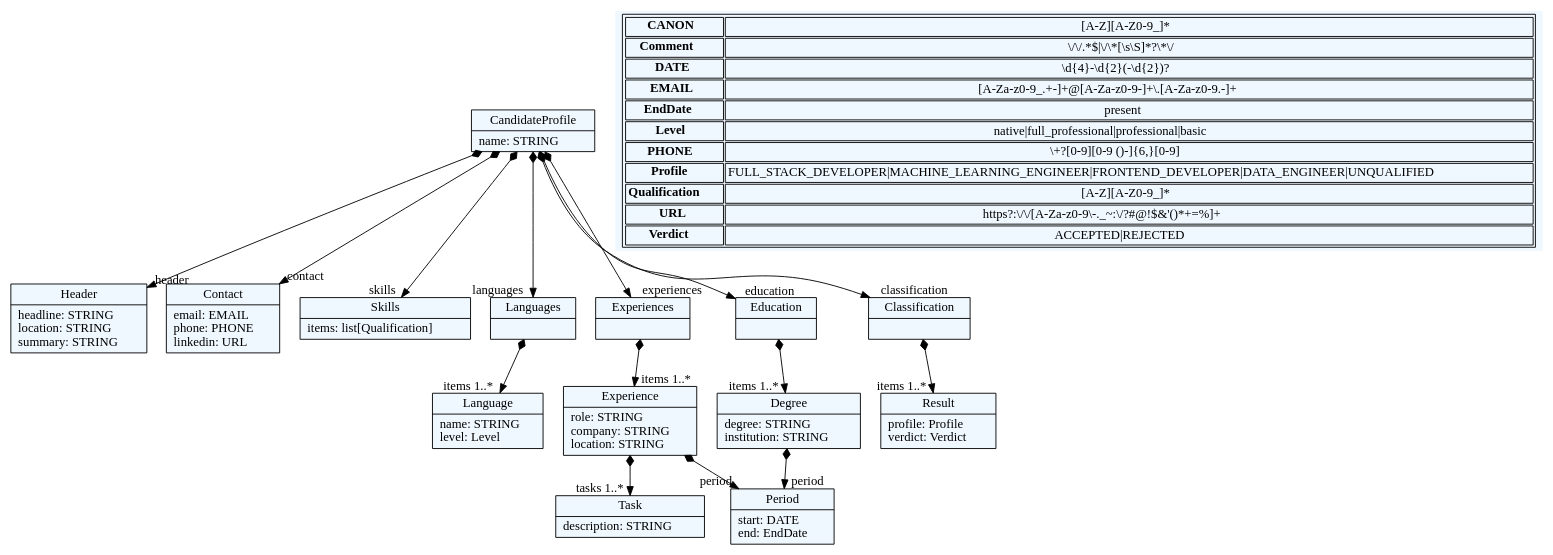
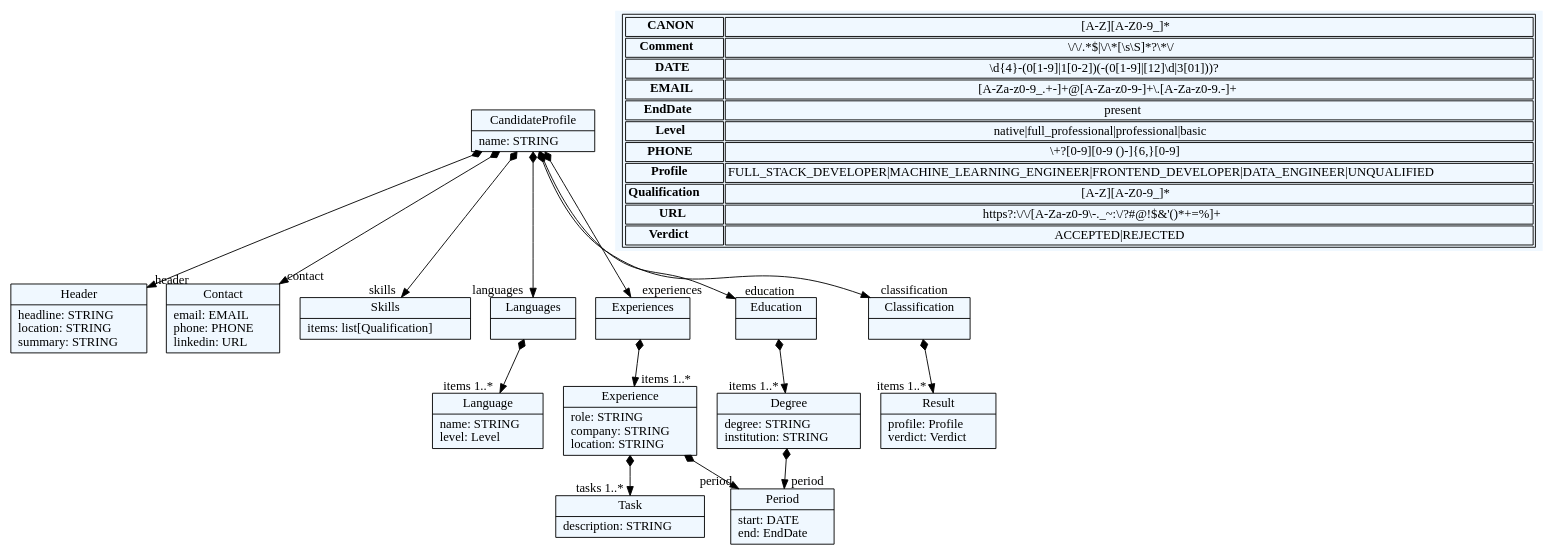
Before and after one commit to brynzd/ResumeLens: the diagram in docs/diagrams/resume_meta.dot, drawn with Graphviz. The commit also changed 11 other files, not shown here.

First line of the commit message:
docs: generate every diagram from the code

```diff
--- a/docs/diagrams/resume_meta.dot
+++ b/docs/diagrams/resume_meta.dot
@@ -1,95 +1,95 @@
 
     digraph textX {
     fontname = "Bitstream Vera Sans"
     fontsize = 8
     node[
         shape=record,
         style=filled,
         fillcolor=aliceblue
     ]
     nodesep = 0.3
     edge[dir=black,arrowtail=empty]
 
 
-2967134936272[ label="{CandidateProfile|name: STRING\l}"]
+n1[ label="{CandidateProfile|name: STRING\l}"]
 
-2967135974864[ label="{Header|headline: STRING\llocation: STRING\lsummary: STRING\l}"]
+n2[ label="{Header|headline: STRING\llocation: STRING\lsummary: STRING\l}"]
 
-2967135974224[ label="{Contact|email: EMAIL\lphone: PHONE\llinkedin: URL\l}"]
+n3[ label="{Contact|email: EMAIL\lphone: PHONE\llinkedin: URL\l}"]
 
-2967135973072[ label="{Skills|items: list[Qualification]\l}"]
+n4[ label="{Skills|items: list[Qualification]\l}"]
 
-2967135970768[ label="{Languages|}"]
+n5[ label="{Languages|}"]
 
-2967135970256[ label="{Language|name: STRING\llevel: Level\l}"]
+n6[ label="{Language|name: STRING\llevel: Level\l}"]
 
-2967135826640[ label="{Experiences|}"]
+n7[ label="{Experiences|}"]
 
-2967135820752[ label="{Experience|role: STRING\lcompany: STRING\llocation: STRING\l}"]
+n8[ label="{Experience|role: STRING\lcompany: STRING\llocation: STRING\l}"]
 
-2967135819344[ label="{Task|description: STRING\l}"]
+n9[ label="{Task|description: STRING\l}"]
 
-2967135818320[ label="{Period|start: DATE\lend: EndDate\l}"]
+n10[ label="{Period|start: DATE\lend: EndDate\l}"]
 
-2967135816784[ label="{Education|}"]
+n11[ label="{Education|}"]
 
-2967135816016[ label="{Degree|degree: STRING\linstitution: STRING\l}"]
+n12[ label="{Degree|degree: STRING\linstitution: STRING\l}"]
 
-2967135824080[ label="{Classification|}"]
+n13[ label="{Classification|}"]
 
-2967135815632[ label="{Result|profile: Profile\lverdict: Verdict\l}"]
+n14[ label="{Result|profile: Profile\lverdict: Verdict\l}"]
 
 
 
-2967134936272 -> 2967135974864[arrowtail=diamond, dir=both, headlabel="header "]
-2967134936272 -> 2967135974224[arrowtail=diamond, dir=both, headlabel="contact "]
-2967134936272 -> 2967135973072[arrowtail=diamond, dir=both, headlabel="skills "]
-2967134936272 -> 2967135970768[arrowtail=diamond, dir=both, headlabel="languages "]
-2967134936272 -> 2967135826640[arrowtail=diamond, dir=both, headlabel="experiences "]
-2967134936272 -> 2967135816784[arrowtail=diamond, dir=both, headlabel="education "]
-2967134936272 -> 2967135824080[arrowtail=diamond, dir=both, headlabel="classification "]
-2967135970768 -> 2967135970256[arrowtail=diamond, dir=both, headlabel="items 1..*"]
-2967135826640 -> 2967135820752[arrowtail=diamond, dir=both, headlabel="items 1..*"]
-2967135820752 -> 2967135818320[arrowtail=diamond, dir=both, headlabel="period "]
-2967135820752 -> 2967135819344[arrowtail=diamond, dir=both, headlabel="tasks 1..*"]
-2967135816784 -> 2967135816016[arrowtail=diamond, dir=both, headlabel="items 1..*"]
-2967135816016 -> 2967135818320[arrowtail=diamond, dir=both, headlabel="period "]
-2967135824080 -> 2967135815632[arrowtail=diamond, dir=both, headlabel="items 1..*"]
+n1 -> n2[arrowtail=diamond, dir=both, headlabel="header "]
+n1 -> n3[arrowtail=diamond, dir=both, headlabel="contact "]
+n1 -> n4[arrowtail=diamond, dir=both, headlabel="skills "]
+n1 -> n5[arrowtail=diamond, dir=both, headlabel="languages "]
+n1 -> n7[arrowtail=diamond, dir=both, headlabel="experiences "]
+n1 -> n11[arrowtail=diamond, dir=both, headlabel="education "]
+n1 -> n13[arrowtail=diamond, dir=both, headlabel="classification "]
+n5 -> n6[arrowtail=diamond, dir=both, headlabel="items 1..*"]
+n7 -> n8[arrowtail=diamond, dir=both, headlabel="items 1..*"]
+n8 -> n10[arrowtail=diamond, dir=both, headlabel="period "]
+n8 -> n9[arrowtail=diamond, dir=both, headlabel="tasks 1..*"]
+n11 -> n12[arrowtail=diamond, dir=both, headlabel="items 1..*"]
+n12 -> n10[arrowtail=diamond, dir=both, headlabel="period "]
+n13 -> n14[arrowtail=diamond, dir=both, headlabel="items 1..*"]
 match_rules [ shape=plaintext, label=< <table>
 	<tr>
 		<td><b>CANON</b></td><td>[A-Z][A-Z0-9_]*</td>
 	</tr>
 	<tr>
 		<td><b>Comment</b></td><td>\/\/.*$|\/\*[\s\S]*?\*\/</td>
 	</tr>
 	<tr>
-		<td><b>DATE</b></td><td>\d{4}-\d{2}(-\d{2})?</td>
+		<td><b>DATE</b></td><td>\d{4}-(0[1-9]|1[0-2])(-(0[1-9]|[12]\d|3[01]))?</td>
 	</tr>
 	<tr>
 		<td><b>EMAIL</b></td><td>[A-Za-z0-9_.+-]+@[A-Za-z0-9-]+\.[A-Za-z0-9.-]+</td>
 	</tr>
 	<tr>
 		<td><b>EndDate</b></td><td>present</td>
 	</tr>
 	<tr>
 		<td><b>Level</b></td><td>native|full_professional|professional|basic</td>
 	</tr>
 	<tr>
 		<td><b>PHONE</b></td><td>\+?[0-9][0-9 ()-]{6,}[0-9]</td>
 	</tr>
 	<tr>
 		<td><b>Profile</b></td><td>FULL_STACK_DEVELOPER|MACHINE_LEARNING_ENGINEER|FRONTEND_DEVELOPER|DATA_ENGINEER|UNQUALIFIED</td>
 	</tr>
 	<tr>
 		<td><b>Qualification</b></td><td>[A-Z][A-Z0-9_]*</td>
 	</tr>
 	<tr>
 		<td><b>URL</b></td><td>https?:\/\/[A-Za-z0-9\-._~:\/?#@!$&amp;&#x27;()*+=%]+</td>
 	</tr>
 	<tr>
 		<td><b>Verdict</b></td><td>ACCEPTED|REJECTED</td>
 	</tr>
 </table> >]
 
 
 }
```
